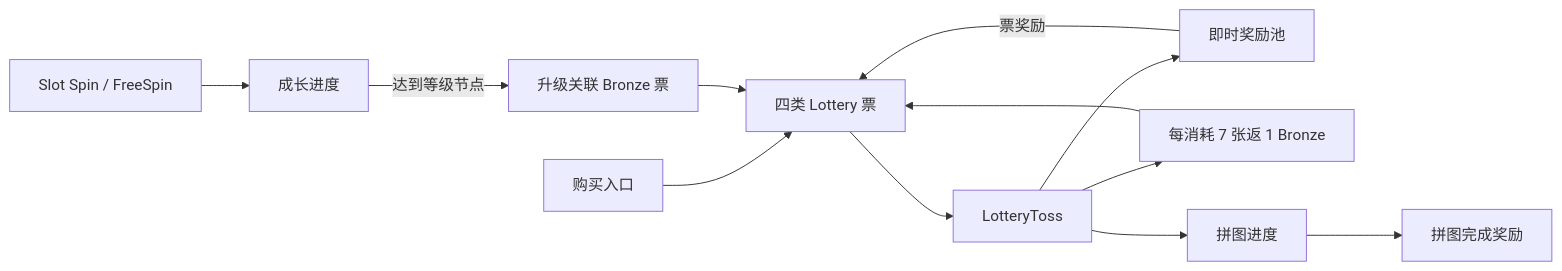
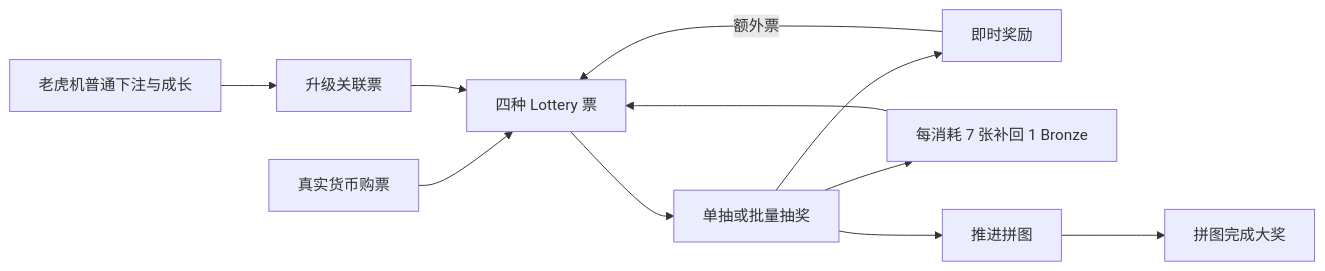
Before and after one commit to 840832144/huuuge-android-research: the diagram in reports/lottery/20260827_lottery-ticket-puzzle/PLAYFLOW_AND_LOGIC.md, drawn with Mermaid. The commit also changed other lines of this file and 19 other files, not shown here.

````diff
--- a/reports/lottery/20260827_lottery-ticket-puzzle/PLAYFLOW_AND_LOGIC.md
+++ b/reports/lottery/20260827_lottery-ticket-puzzle/PLAYFLOW_AND_LOGIC.md
@@ -5,14 +7,13 @@
 ```mermaid
 flowchart LR
-    S[Slot Spin / FreeSpin] --> P[成长进度]
-    P -->|达到等级节点| U[升级关联 Bronze 票]
-    B[购买入口] --> T[四类 Lottery 票]
-    T --> L[LotteryToss]
-    L --> R[即时奖励池]
-    L --> F[每消耗 7 张返 1 Bronze]
-    L --> G[拼图进度]
-    G --> C[拼图完成奖励]
-    R -->|票奖励| T
+    A[老虎机普通下注与成长] --> B[升级关联票]
+    P[真实货币购票] --> T[四种 Lottery 票]
+    B --> T
+    T --> D[单抽或批量抽奖]
+    D --> R[即时奖励]
+    D --> F[每消耗 7 张补回 1 Bronze]
+    D --> G[推进拼图]
+    G --> C[拼图完成大奖]
+    R -->|额外票| T
     F --> T
-    U --> T
 ```
````
